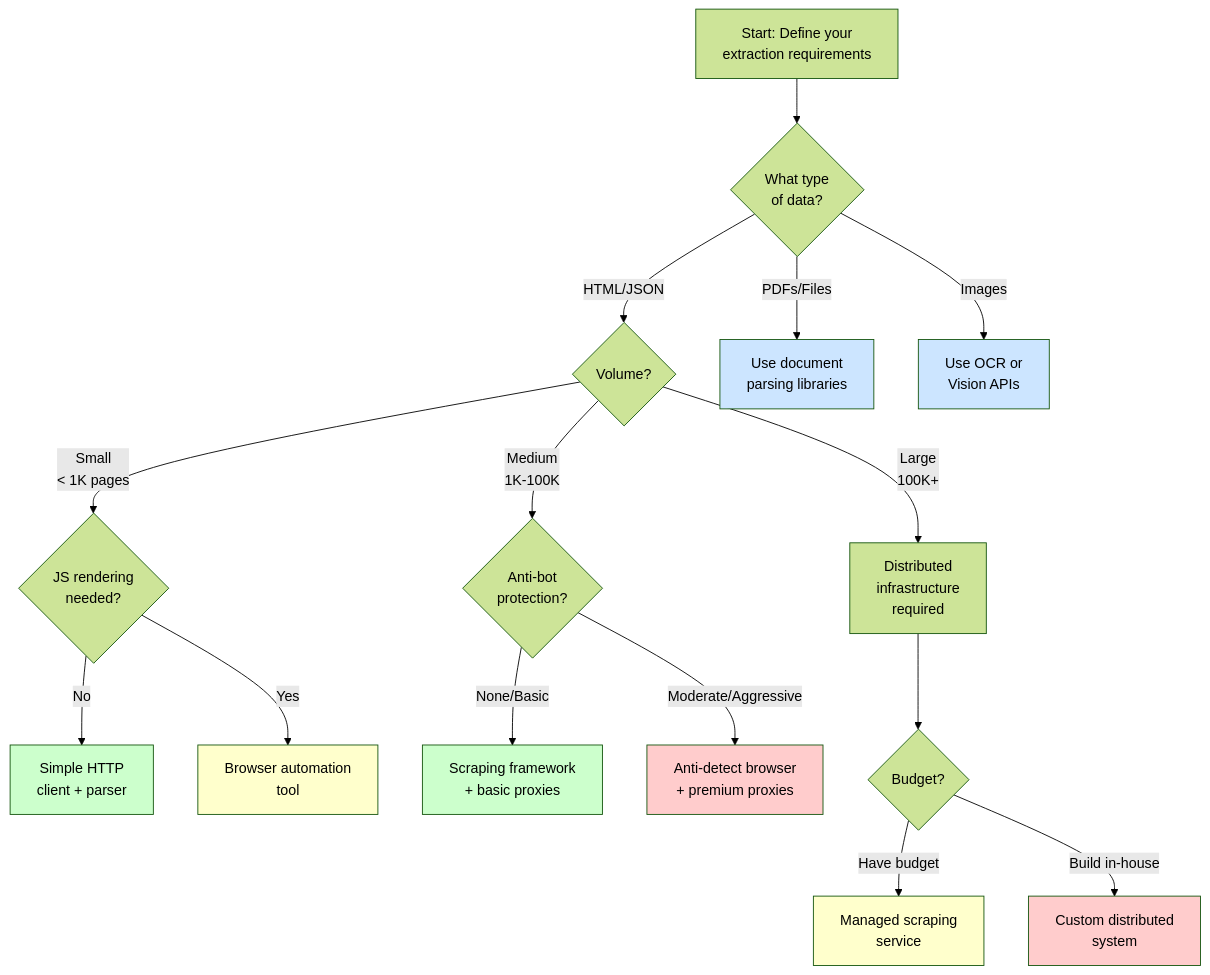
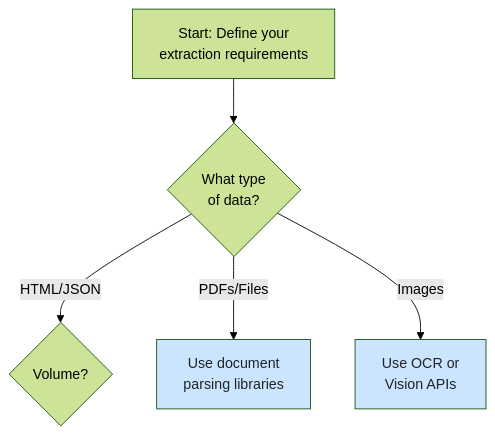
Before and after one commit to bytetunnels/bytetunnels.github.com: the third of 6 diagrams in _posts/2026-02-05-what-questions-to-ask-choosing-data-extraction-solution.md, drawn with Mermaid (forest theme). The commit also changed other lines of this file and 118 other files, not shown here.

Commit message:
feat: improve diagram styling and compact wide flowcharts

````diff
--- a/_posts/2026-02-05-what-questions-to-ask-choosing-data-extraction-solution.md
+++ b/_posts/2026-02-05-what-questions-to-ask-choosing-data-extraction-solution.md
@@ -250,31 +252,11 @@
 ```mermaid
 flowchart TD
     START["Start: Define your<br>extraction requirements"] --> Q1{"What type<br>of data?"}
 
     Q1 -->|"HTML/JSON"| Q2{"Volume?"}
     Q1 -->|"PDFs/Files"| PDF["Use document<br>parsing libraries"]
     Q1 -->|"Images"| OCR["Use OCR or<br>Vision APIs"]
 
-    Q2 -->|"Small<br>< 1K pages"| Q3{"JS rendering<br>needed?"}
-    Q2 -->|"Medium<br>1K-100K"| Q4{"Anti-bot<br>protection?"}
-    Q2 -->|"Large<br>100K+"| INFRA["Distributed<br>infrastructure<br>required"]
-
-    Q3 -->|"No"| SIMPLE["Simple HTTP<br>client + parser"]
-    Q3 -->|"Yes"| BROWSER["Browser automation<br>tool"]
-
-    Q4 -->|"None/Basic"| FRAMEWORK["Scraping framework<br>+ basic proxies"]
-    Q4 -->|"Moderate/Aggressive"| STEALTH["Anti-detect browser<br>+ premium proxies"]
-
-    INFRA --> Q5{"Budget?"}
-    Q5 -->|"Have budget"| MANAGED["Managed scraping<br>service"]
-    Q5 -->|"Build in-house"| CUSTOM["Custom distributed<br>system"]
-
-    style SIMPLE fill:#ccffcc
-    style BROWSER fill:#ffffcc
-    style FRAMEWORK fill:#ccffcc
-    style STEALTH fill:#ffcccc
-    style MANAGED fill:#ffffcc
-    style CUSTOM fill:#ffcccc
-    style PDF fill:#cce5ff
-    style OCR fill:#cce5ff
+    style PDF fill:#cce5ff,color:#1f2328
+    style OCR fill:#cce5ff,color:#1f2328
 ```
````
